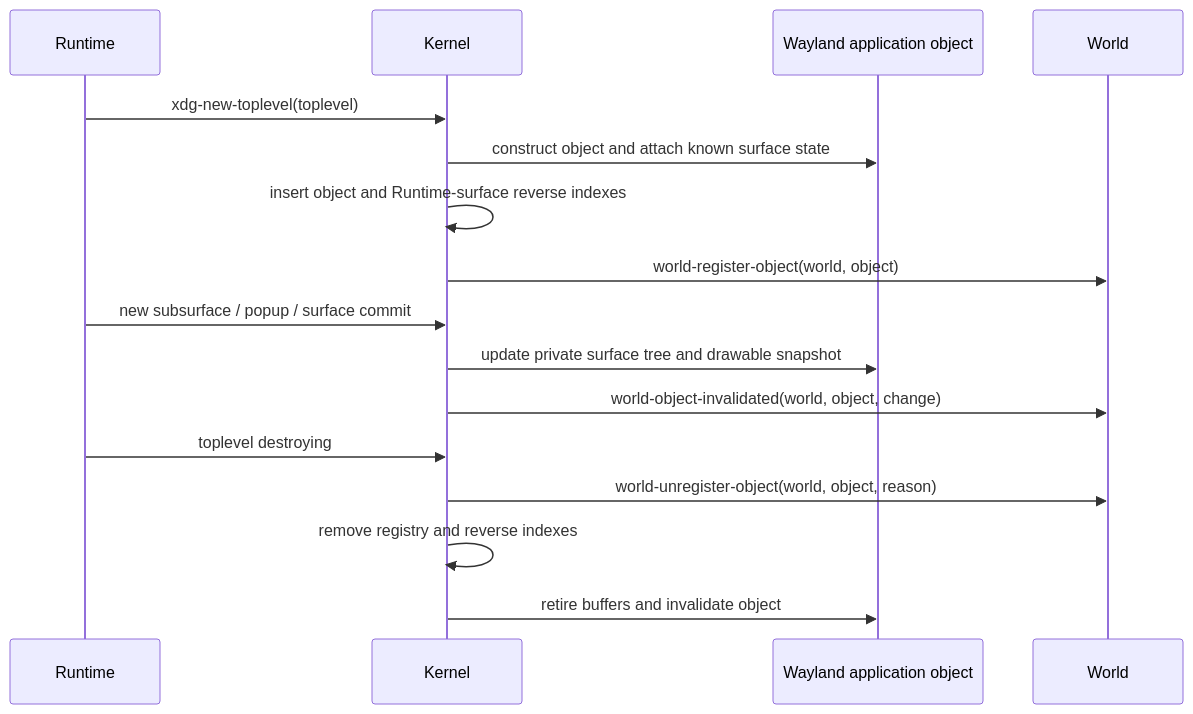
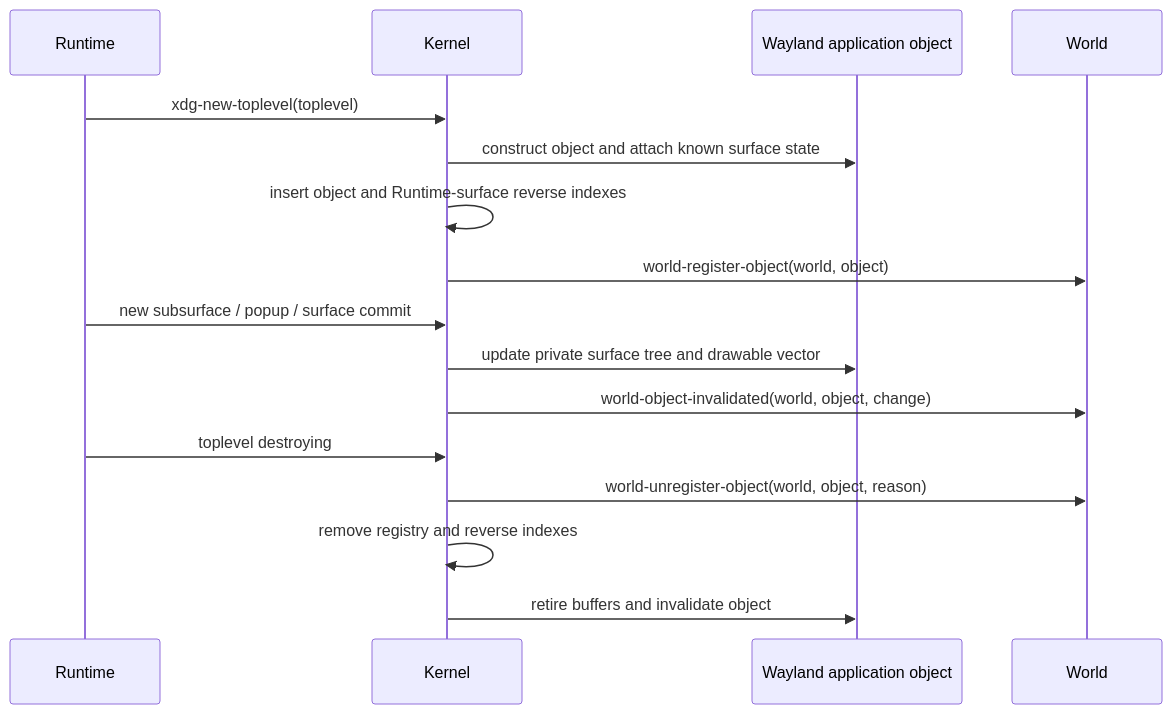
One commit to SeungheonOh/ataxia changed the second of 4 diagrams in docs/POST-RUNTIME-REDESIGN-PLAN.md. Above: the diagram before and after it, drawn with Mermaid. The commit also changed other lines of this file, not shown here.

````diff
--- a/docs/POST-RUNTIME-REDESIGN-PLAN.md
+++ b/docs/POST-RUNTIME-REDESIGN-PLAN.md
@@ -423,19 +445,19 @@
 ```mermaid
 sequenceDiagram
     participant R as Runtime
     participant K as Kernel
     participant O as Wayland application object
     participant W as World
 
     R->>K: xdg-new-toplevel(toplevel)
     K->>O: construct object and attach known surface state
     K->>K: insert object and Runtime-surface reverse indexes
     K->>W: world-register-object(world, object)
     R->>K: new subsurface / popup / surface commit
-    K->>O: update private surface tree and drawable snapshot
+    K->>O: update private surface tree and drawable vector
     K->>W: world-object-invalidated(world, object, change)
     R->>K: toplevel destroying
     K->>W: world-unregister-object(world, object, reason)
     K->>K: remove registry and reverse indexes
     K->>O: retire buffers and invalidate object
 ```
````
